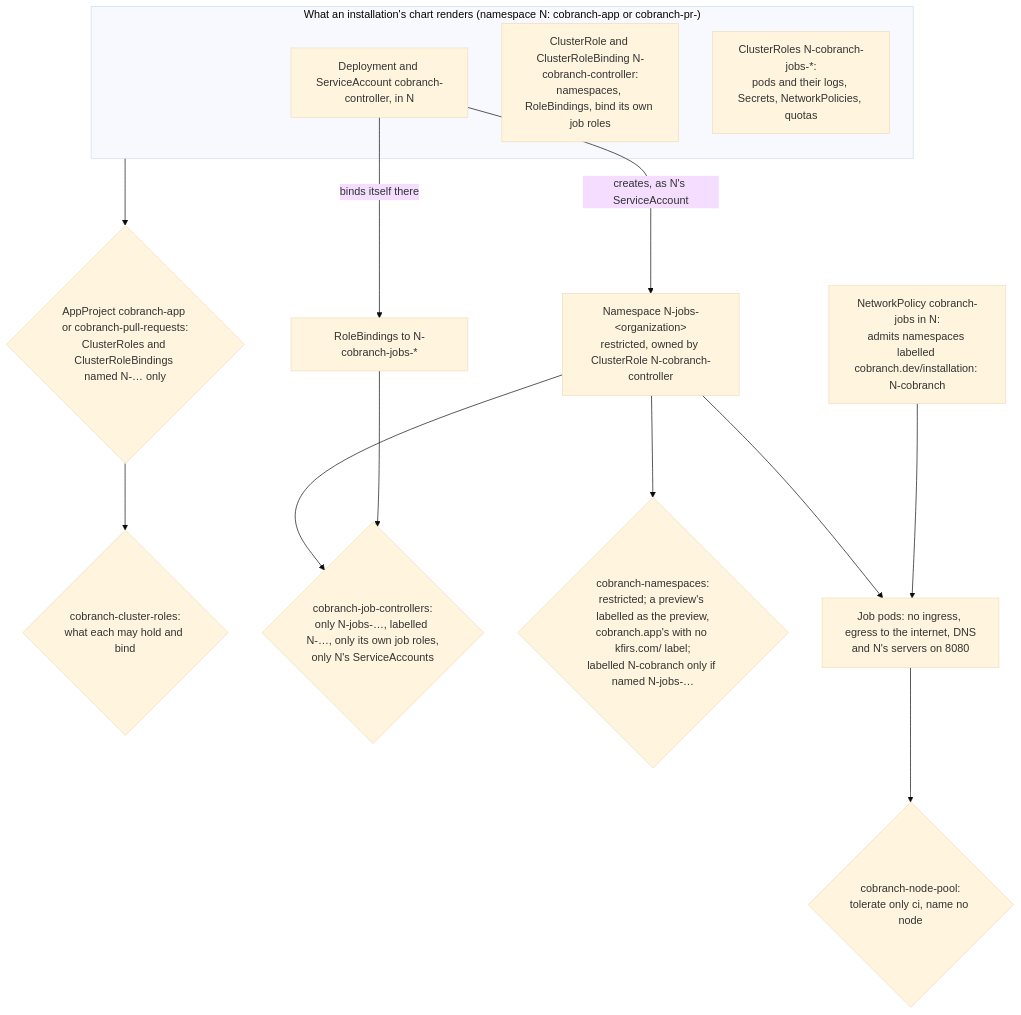
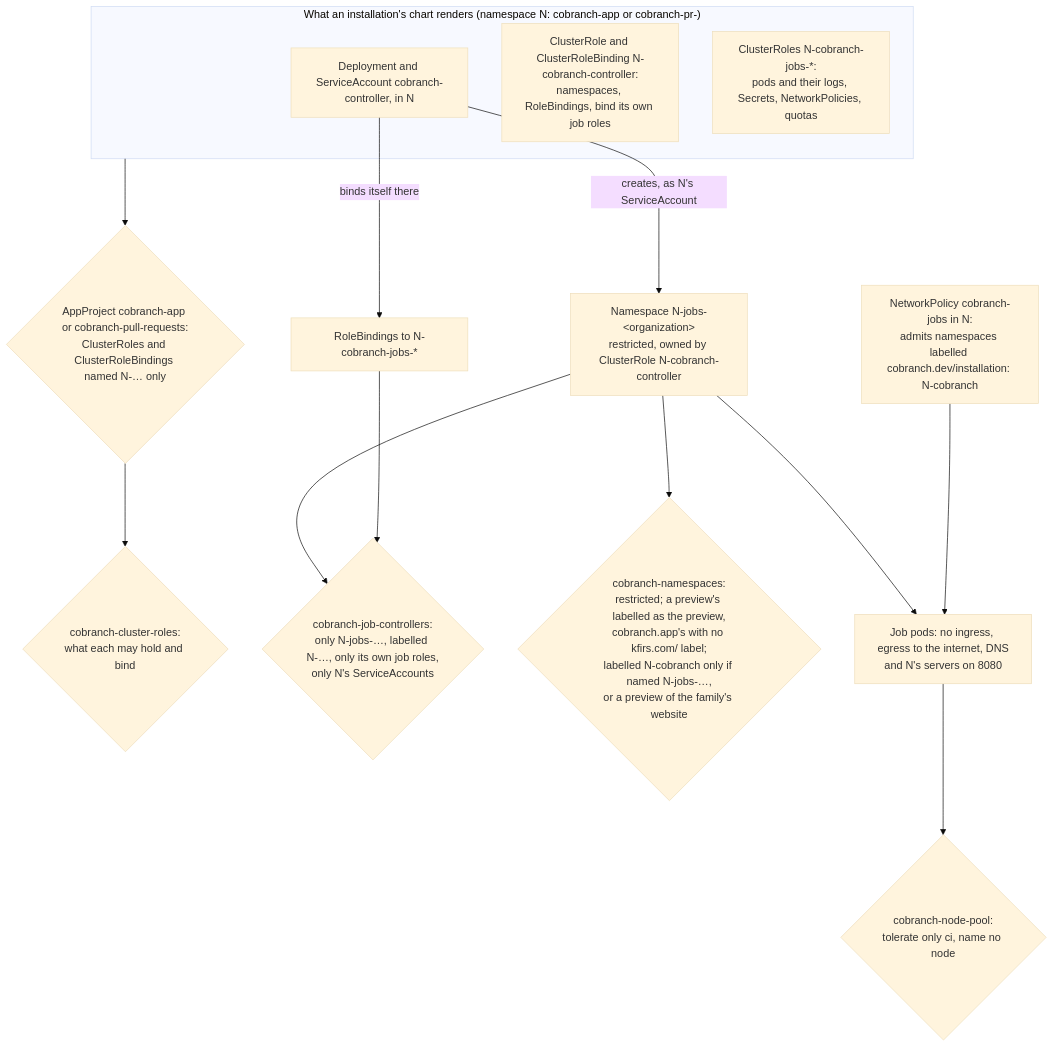
Before and after one commit to arikkfir-org/delivery: the diagram in docs/delivery/designs/cobranch-jobs.md, drawn with Mermaid (base theme). The commit also changed other lines of this file and 3 other files, not shown here.

First line of the commit message:
fix(kfirs-website): hold the previews' account to cobranch.app's label

````diff
--- a/docs/delivery/designs/cobranch-jobs.md
+++ b/docs/delivery/designs/cobranch-jobs.md
@@ -11,18 +11,18 @@
 ```mermaid
 flowchart TB
   subgraph chart["What an installation's chart renders (namespace N: cobranch-app or cobranch-pr-<number>)"]
     D["Deployment and ServiceAccount cobranch-controller, in N"]
     CR1["ClusterRole and ClusterRoleBinding N-cobranch-controller:<br/>namespaces, RoleBindings, bind its own job roles"]
     CR2["ClusterRoles N-cobranch-jobs-*:<br/>pods and their logs, Secrets, NetworkPolicies, quotas"]
   end
   chart --> Proj{"AppProject cobranch-app or cobranch-pull-requests:<br/>ClusterRoles and ClusterRoleBindings named N-… only"}
   Proj --> P1{"cobranch-cluster-roles:<br/>what each may hold and bind"}
   D -- "creates, as N's ServiceAccount" --> NS["Namespace N-jobs-&lt;organization&gt;<br/>restricted, owned by ClusterRole N-cobranch-controller"]
   D -- "binds itself there" --> RB["RoleBindings to N-cobranch-jobs-*"]
   NS --> P2{"cobranch-job-controllers:<br/>only N-jobs-…, labelled N-…, only its own job roles,<br/>only N's ServiceAccounts"}
   RB --> P2
-  NS --> P3{"cobranch-namespaces:<br/>restricted; a preview's labelled as the preview,<br/>cobranch.app's with no kfirs.com/ label;<br/>labelled N-cobranch only if named N-jobs-…"}
+  NS --> P3{"cobranch-namespaces:<br/>restricted; a preview's labelled as the preview,<br/>cobranch.app's with no kfirs.com/ label;<br/>labelled N-cobranch only if named N-jobs-…,<br/>or a preview of the family's website"}
   NS --> Pods["Job pods: no ingress, egress to the internet, DNS<br/>and N's servers on 8080"]
   NP["NetworkPolicy cobranch-jobs in N:<br/>admits namespaces labelled cobranch.dev/installation: N-cobranch"] --> Pods
   Pods --> P4{"cobranch-node-pool:<br/>tolerate only ci, name no node"}
 ```
````
